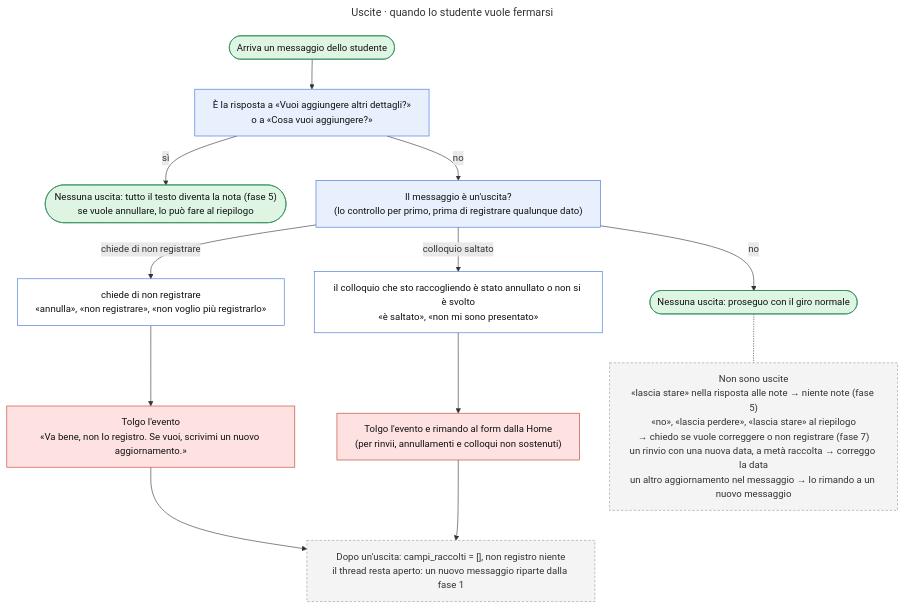
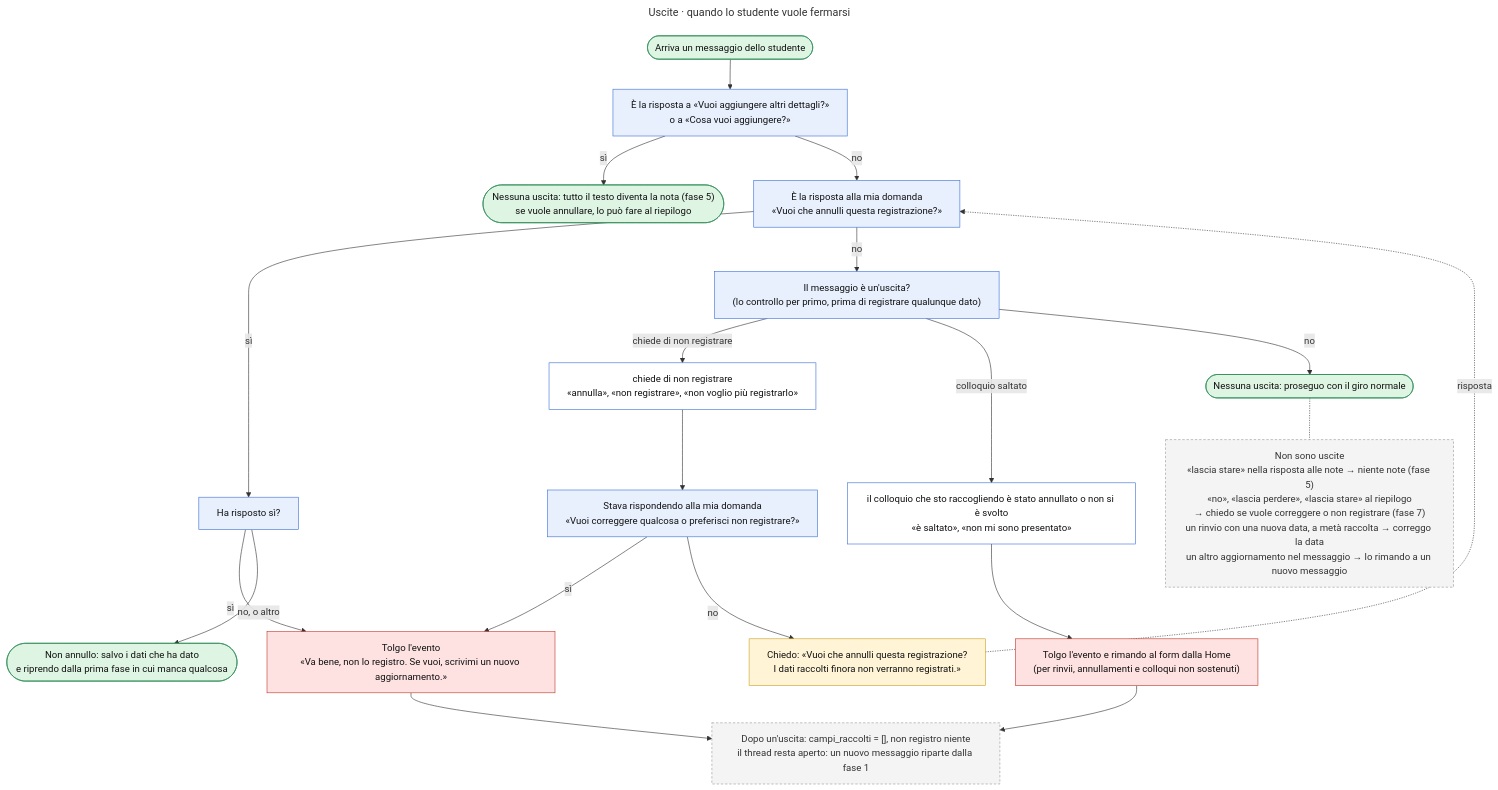
Before and after one commit to refresh-academy-staff/Progetto_ping_studenti: the diagram in Flowcharts/AI_Bot_Flowchart_20260926_uscite.mmd, drawn with Mermaid. The commit also changed 8 other files, not shown here.

```diff
--- a/Flowcharts/AI_Bot_Flowchart_20260926_uscite.mmd
+++ b/Flowcharts/AI_Bot_Flowchart_20260926_uscite.mmd
@@ -1,48 +1,65 @@
 ---
 title: Uscite · quando lo studente vuole fermarsi
 config:
   flowchart:
     wrappingWidth: 420
 ---
 %% Sotto-diagramma delle uscite (mappa d'insieme: AI_Bot_Flowchart_20260926.mmd).
-%% Regole da AI_Bot_Instructions_Code.js: <turno> passo 1 (USCITE), REGOLE NOTE (sospensione),
-%% <memoria> DOPO LA REGISTRAZIONE O UN ANNULLAMENTO, interpreta_note, interpreta_conferma.
-%% Colori: azzurro = controlli · bianco = casi · rosso = non si registra · verde = si prosegue · grigio = nota.
+%% Regole da AI_Bot_Instructions_20260926.js (<turno> passo 1, REGOLE NOTE, <memoria>),
+%% più una decisione successiva: prima di annullare, il bot chiede conferma.
+%% Nel 20260926 il bot annulla subito; la conferma è solo nel prompt 20260928.
+%% Le frecce tratteggiate sono il messaggio successivo dello studente.
+%% Colori: azzurro = controlli · bianco = casi · giallo = domande · rosso = non si registra · verde = si prosegue · grigio = nota.
 flowchart TD
     IN(["Arriva un messaggio dello studente"])
     NOTE["È la risposta a «Vuoi aggiungere altri dettagli?»<br/>o a «Cosa vuoi aggiungere?»"]
     NNOTE(["Nessuna uscita: tutto il testo diventa la nota (fase 5)<br/>se vuole annullare, lo può fare al riepilogo"])
+
+    CONF["È la risposta alla mia domanda<br/>«Vuoi che annulli questa registrazione?»"]
+    CR["Ha risposto sì?"]
+    CNO(["Non annullo: salvo i dati che ha dato<br/>e riprendo dalla prima fase in cui manca qualcosa"])
+
     Q["Il messaggio è un'uscita?<br/>(lo controllo per primo, prima di registrare qualunque dato)"]
-
     AN["chiede di non registrare<br/>«annulla», «non registrare», «non voglio più registrarlo»"]
+    ANP["Stava rispondendo alla mia domanda<br/>«Vuoi correggere qualcosa o preferisci non registrare?»"]
+    DCONF["Chiedo: «Vuoi che annulli questa registrazione?<br/>I dati raccolti finora non verranno registrati.»"]
     CS["il colloquio che sto raccogliendo è stato annullato o non si è svolto<br/>«è saltato», «non mi sono presentato»"]
     NO(["Nessuna uscita: proseguo con il giro normale"])
 
     XAN["Tolgo l'evento<br/>«Va bene, non lo registro. Se vuoi, scrivimi un nuovo aggiornamento.»"]
     XCS["Tolgo l'evento e rimando al form dalla Home<br/>(per rinvii, annullamenti e colloqui non sostenuti)"]
     DOPO["Dopo un'uscita: campi_raccolti = [], non registro niente<br/>il thread resta aperto: un nuovo messaggio riparte dalla fase 1"]
 
     NONUSC["Non sono uscite<br/>«lascia stare» nella risposta alle note → niente note (fase 5)<br/>«no», «lascia perdere», «lascia stare» al riepilogo<br/>→ chiedo se vuole correggere o non registrare (fase 7)<br/>un rinvio con una nuova data, a metà raccolta → correggo la data<br/>un altro aggiornamento nel messaggio → lo rimando a un nuovo messaggio"]
 
     IN --> NOTE
     NOTE -->|sì| NNOTE
-    NOTE -->|no| Q
+    NOTE -->|no| CONF
+    CONF -->|sì| CR
+    CR -->|sì| XAN
+    CR -->|no, o altro| CNO
+    CONF -->|no| Q
     Q -->|chiede di non registrare| AN
+    AN --> ANP
+    ANP -->|sì| XAN
+    ANP -->|no| DCONF
+    DCONF -.->|risposta| CONF
     Q -->|colloquio saltato| CS
+    CS --> XCS
     Q -->|no| NO
-    AN --> XAN
-    CS --> XCS
     XAN --> DOPO
     XCS --> DOPO
     NO -.- NONUSC
 
     classDef fase fill:#e8f0fe,stroke:#3b6fd8,color:#111
     classDef caso fill:#ffffff,stroke:#3b6fd8,color:#111
+    classDef domanda fill:#fff4d6,stroke:#c9a227,color:#111
     classDef uscita fill:#fde2e1,stroke:#c0392b,color:#111
     classDef estremo fill:#dff5e3,stroke:#2e8b57,color:#111
     classDef nota fill:#f4f4f4,stroke:#999,color:#333,stroke-dasharray:4 3
-    class NOTE,Q fase
+    class NOTE,CONF,CR,Q,ANP fase
     class AN,CS caso
+    class DCONF domanda
     class XAN,XCS uscita
-    class IN,NNOTE,NO estremo
+    class IN,NNOTE,CNO,NO estremo
     class DOPO,NONUSC nota
```
